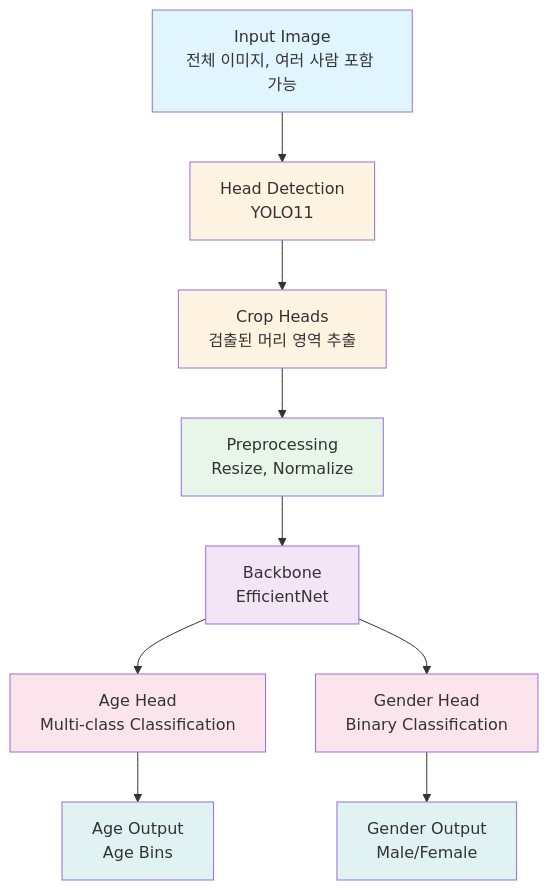
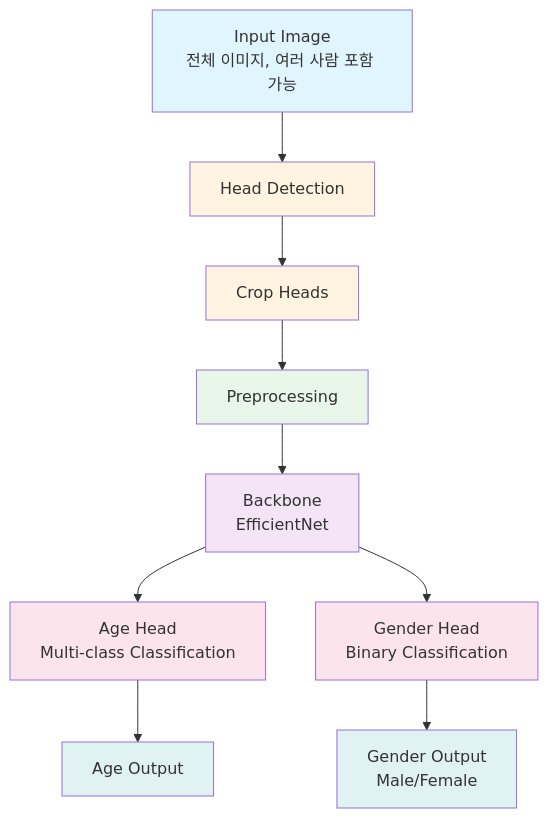
One commit to yong-again/portfolio changed the diagram in age_gender_estimation/README.md. Above: the diagram before and after it, drawn with Mermaid. The commit also changed other lines of this file and 12 other files, not shown here.

````diff
--- a/age_gender_estimation/README.md
+++ b/age_gender_estimation/README.md
@@ -20,21 +31,21 @@
 ```mermaid
 graph TD
-    A[Input Image<br/>전체 이미지, 여러 사람 포함 가능] --> B[Head Detection<br/>YOLO11]
-    B --> C[Crop Heads<br/>검출된 머리 영역 추출]
-    C --> D[Preprocessing<br/>Resize, Normalize]
+    A[Input Image<br/>전체 이미지, 여러 사람 포함 가능] --> B[Head Detection]
+    B --> C[Crop Heads]
+    C --> D[Preprocessing]
     D --> E[Backbone<br/>EfficientNet]
     E --> F[Age Head<br/>Multi-class Classification]
     E --> G[Gender Head<br/>Binary Classification]
-    F --> H[Age Output<br/>Age Bins]
+    F --> H[Age Output]
     G --> I[Gender Output<br/>Male/Female]
     
     style A fill:#e1f5ff
     style B fill:#fff4e1
     style C fill:#fff4e1
     style D fill:#e8f5e9
     style E fill:#f3e5f5
     style F fill:#fce4ec
     style G fill:#fce4ec
     style H fill:#e0f2f1
     style I fill:#e0f2f1
 ```
````
